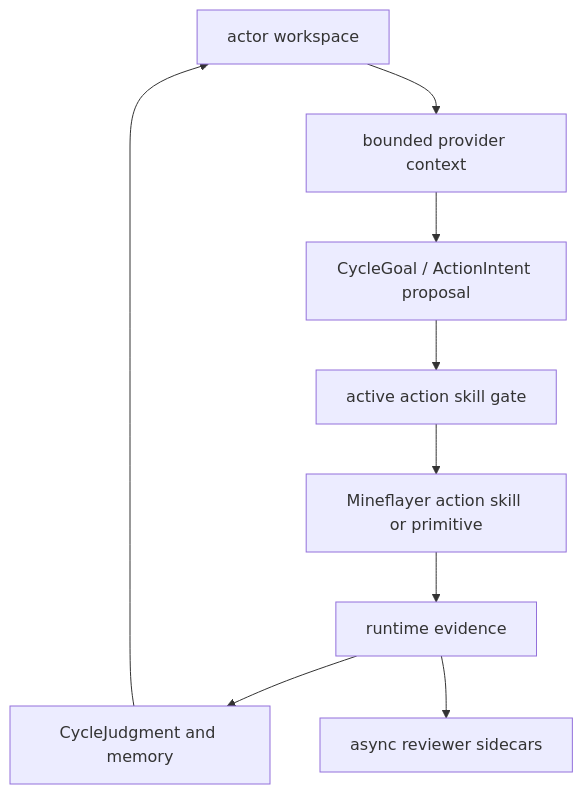
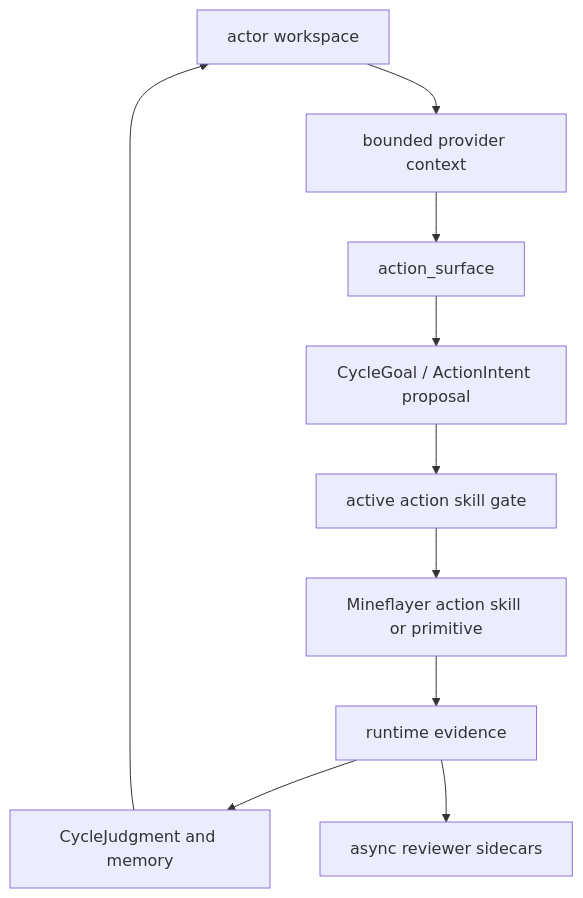
Before and after one commit to gigio1023/minecraft-llm-agent-community: the first of 2 diagrams in docs/docs/intro.md, drawn with Mermaid. The commit also changed other lines of this file and 28 other files, not shown here.

First line of the commit message:
runtime: add autonomy substrate action surface

````diff
--- a/docs/docs/intro.md
+++ b/docs/docs/intro.md
@@ -39,20 +40,22 @@
 ```mermaid
 flowchart TD
   Workspace["actor workspace"]
   Context["bounded provider context"]
+  Surface["action_surface"]
   Proposal["CycleGoal / ActionIntent proposal"]
   Gate["active action skill gate"]
   Action["Mineflayer action skill or primitive"]
   Evidence["runtime evidence"]
   Judgment["CycleJudgment and memory"]
   Review["async reviewer sidecars"]
 
   Workspace --> Context
-  Context --> Proposal
+  Context --> Surface
+  Surface --> Proposal
   Proposal --> Gate
   Gate --> Action
   Action --> Evidence
   Evidence --> Judgment
   Judgment --> Workspace
   Evidence --> Review
 ```
````
